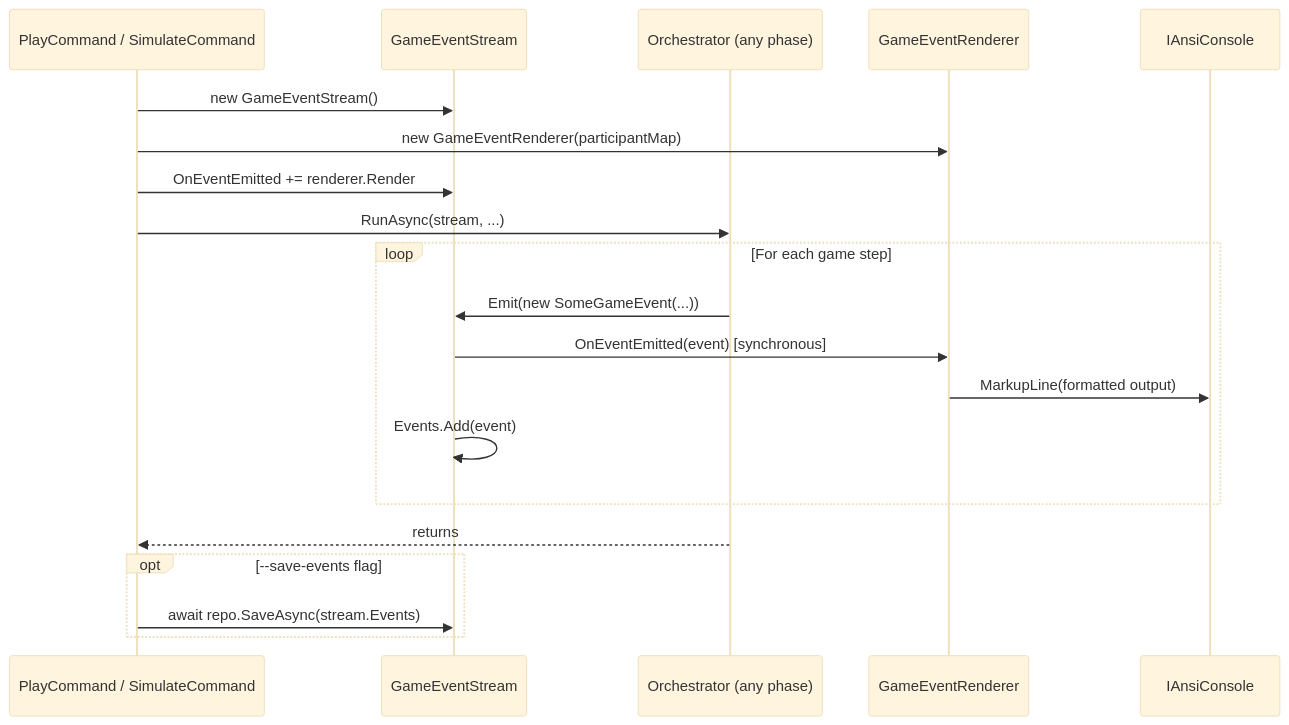
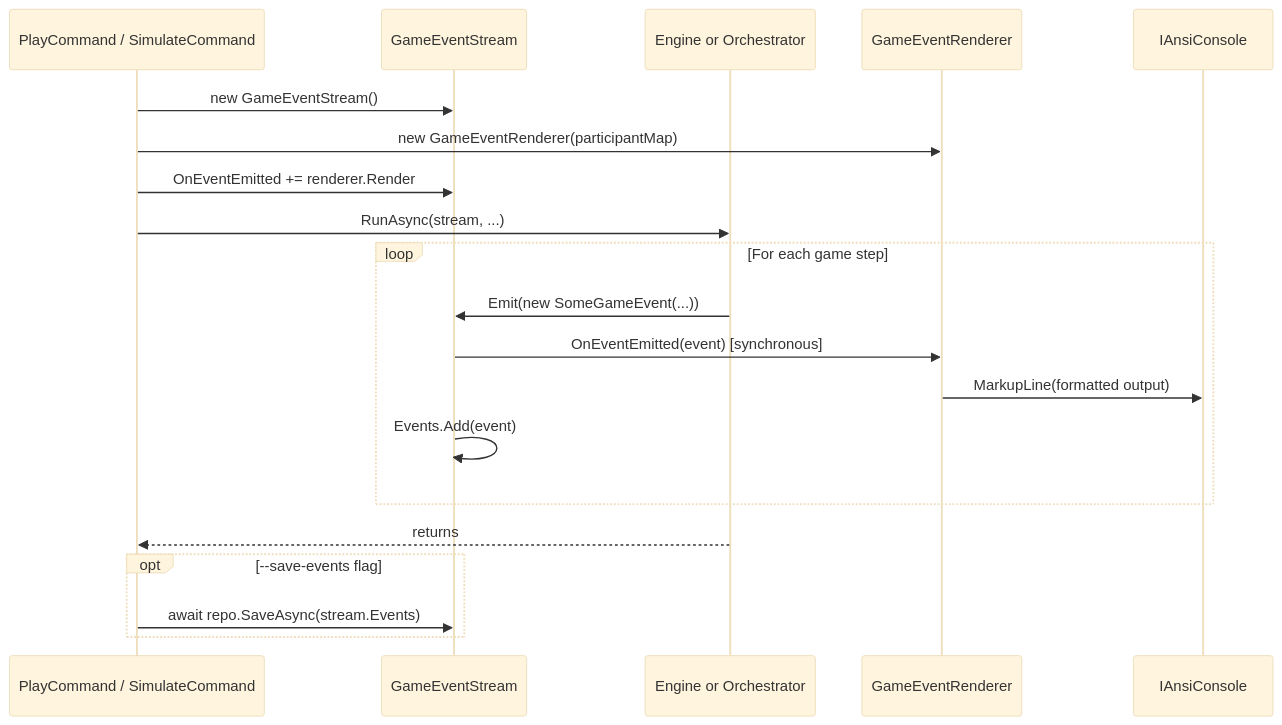
One commit to michaeldtaylor/KillTeam.DataSlate changed the fifth of 5 diagrams in wiki/specs/kill-team-game-tracking/spec.md. Above: the diagram before and after it, drawn with Mermaid (base theme). The commit also changed other lines of this file and 3 other files, not shown here.

First line of the commit message:
[Spec] Update architecture diagrams and class references

````diff
--- a/wiki/specs/kill-team-game-tracking/spec.md
+++ b/wiki/specs/kill-team-game-tracking/spec.md
@@ -1031,23 +1071,23 @@
 ```mermaid
 sequenceDiagram
     participant Caller as PlayCommand / SimulateCommand
     participant Stream as GameEventStream
-    participant Orch as Orchestrator (any phase)
+    participant Eng as Engine or Orchestrator
     participant Renderer as GameEventRenderer
     participant Console as IAnsiConsole
 
     Caller->>Stream: new GameEventStream()
     Caller->>Renderer: new GameEventRenderer(participantMap)
     Caller->>Stream: OnEventEmitted += renderer.Render
-    Caller->>Orch: RunAsync(stream, ...)
+    Caller->>Eng: RunAsync(stream, ...)
     loop For each game step
-        Orch->>Stream: Emit(new SomeGameEvent(...))
+        Eng->>Stream: Emit(new SomeGameEvent(...))
         Stream->>Renderer: OnEventEmitted(event)  [synchronous]
         Renderer->>Console: MarkupLine(formatted output)
         Stream->>Stream: Events.Add(event)
     end
-    Orch-->>Caller: returns
+    Eng-->>Caller: returns
     opt --save-events flag
         Caller->>Stream: await repo.SaveAsync(stream.Events)
     end
 ```
````
